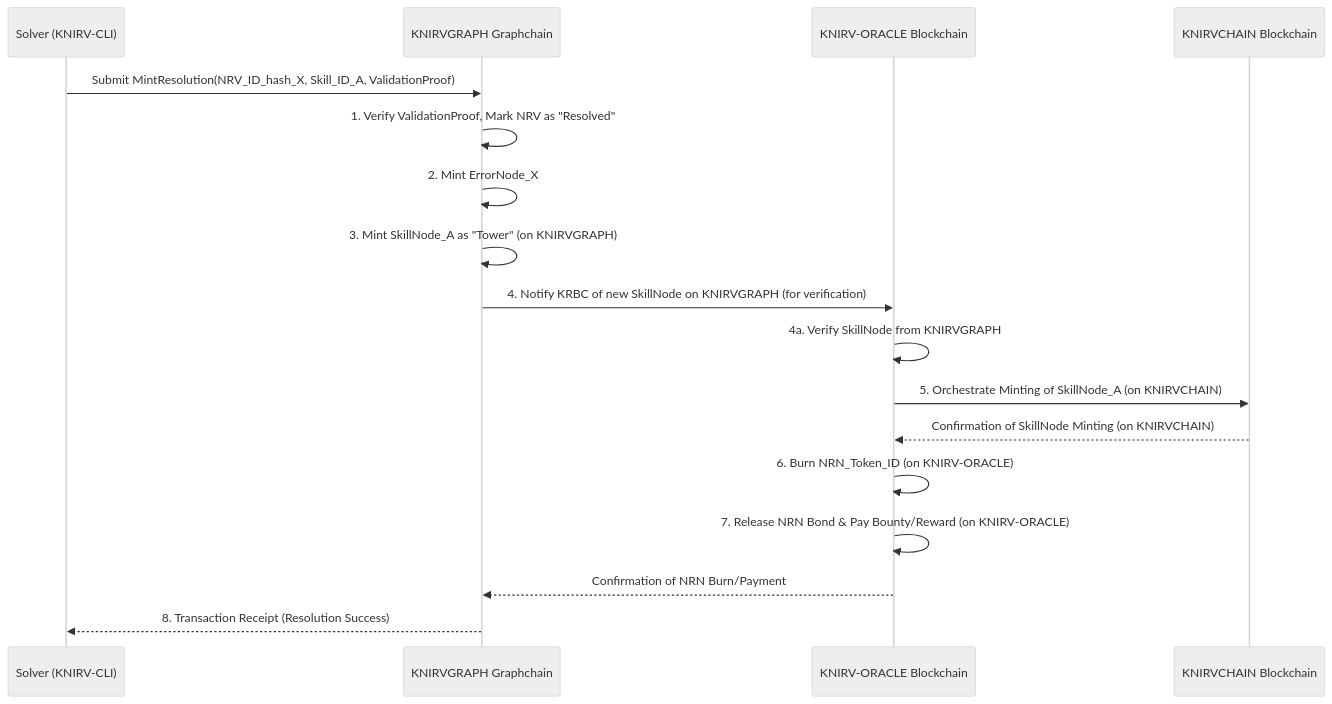
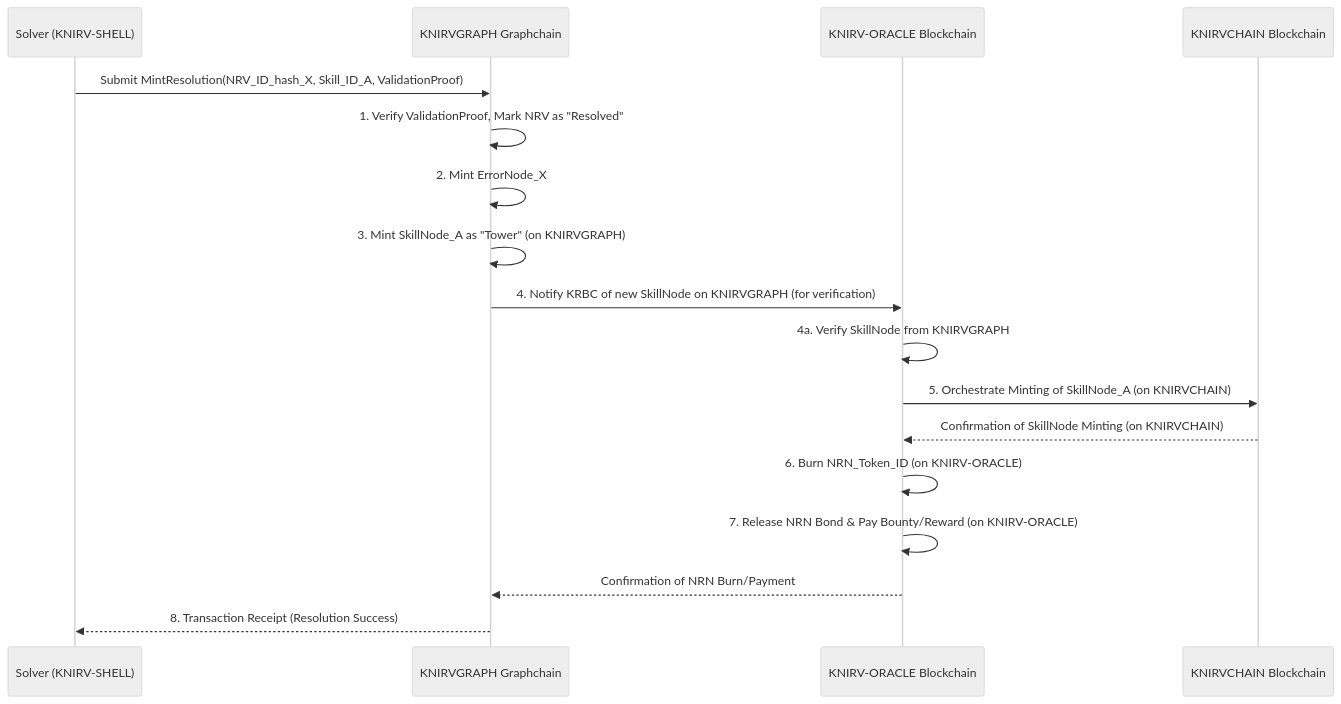
The fifth of 9 diagrams in KNIRVGATEWAY/network-website/public/documentation/docsify/whitepapers/KNIRV-GRAPH_Whitepaper.md (guiperry/KNIRV_NETWORK), drawn with Mermaid (neutral theme) before and after one commit. The commit also changed other lines of this file and 11499 other files, not shown here.

````diff
--- a/KNIRVGATEWAY/network-website/public/documentation/docsify/whitepapers/KNIRV-GRAPH_Whitepaper.md
+++ b/KNIRVGATEWAY/network-website/public/documentation/docsify/whitepapers/KNIRV-GRAPH_Whitepaper.md
@@ -307,25 +307,25 @@
 ```mermaid
 sequenceDiagram
-    participant Solver as Solver (KNIRV-CLI)
+    participant Solver as Solver (KNIRV-SHELL)
     participant KGBC as KNIRVGRAPH Graphchain
     participant KRBC as KNIRV-ORACLE Blockchain
     participant KCC as KNIRVCHAIN Blockchain
     
     Solver->>KGBC: Submit MintResolution(NRV_ID_hash_X, Skill_ID_A, ValidationProof)
     
     KGBC->>KGBC: 1. Verify ValidationProof, Mark NRV as "Resolved"
     KGBC->>KGBC: 2. Mint ErrorNode_X
     KGBC->>KGBC: 3. Mint SkillNode_A as "Tower" (on KNIRVGRAPH)
     
     KGBC->>KRBC: 4. Notify KRBC of new SkillNode on KNIRVGRAPH (for verification)
     KRBC->>KRBC: 4a. Verify SkillNode from KNIRVGRAPH
     
     KRBC->>KCC: 5. Orchestrate Minting of SkillNode_A (on KNIRVCHAIN)
     KCC-->>KRBC: Confirmation of SkillNode Minting (on KNIRVCHAIN)
     
     KRBC->>KRBC: 6. Burn NRN_Token_ID (on KNIRV-ORACLE)
     KRBC->>KRBC: 7. Release NRN Bond & Pay Bounty/Reward (on KNIRV-ORACLE)
     
     KRBC-->>KGBC: Confirmation of NRN Burn/Payment
     KGBC-->>Solver: 8. Transaction Receipt (Resolution Success)
 ```
````
